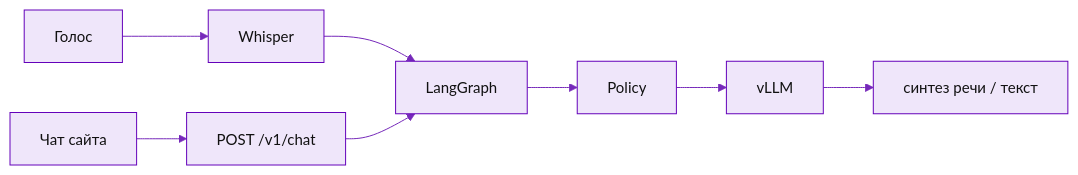
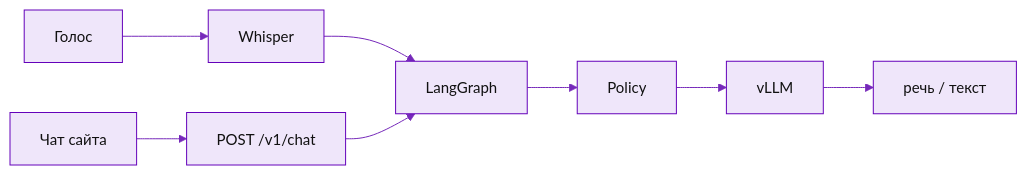
One commit to divisee/otus-ai-architect changed the diagram in final-project/slides/channels.mmd. Above: the diagram before and after it, drawn with Mermaid. The commit also changed 2 other files, not shown here.

Commit message:
Explain Policy access in plain language and fit the channel diagram label.

```diff
--- a/final-project/slides/channels.mmd
+++ b/final-project/slides/channels.mmd
@@ -1,10 +1,10 @@
 %%{init: {'theme':'base','themeVariables':{'primaryColor':'#efe6fa','primaryTextColor':'#111111','primaryBorderColor':'#6402ba','lineColor':'#7629ba','secondaryColor':'#fff4e5','tertiaryColor':'#f4f4ff','fontFamily':'Roboto, Arial, sans-serif','fontSize':'15px','actorBkg':'#efe6fa','actorBorder':'#6402ba','actorTextColor':'#111111','signalColor':'#6402ba','signalTextColor':'#111111','noteBkgColor':'#fff4e5','noteBorderColor':'#ffab40'}}}%%
 
 flowchart LR
     V[Голос] --> ASR[Whisper]
     C[Чат сайта] --> API[POST /v1/chat]
     ASR --> LG[LangGraph]
     API --> LG
     LG --> POL[Policy]
     POL --> LLM[vLLM]
-    LLM --> TTS[синтез речи / текст]
+    LLM --> TTS["речь / текст"]
```
